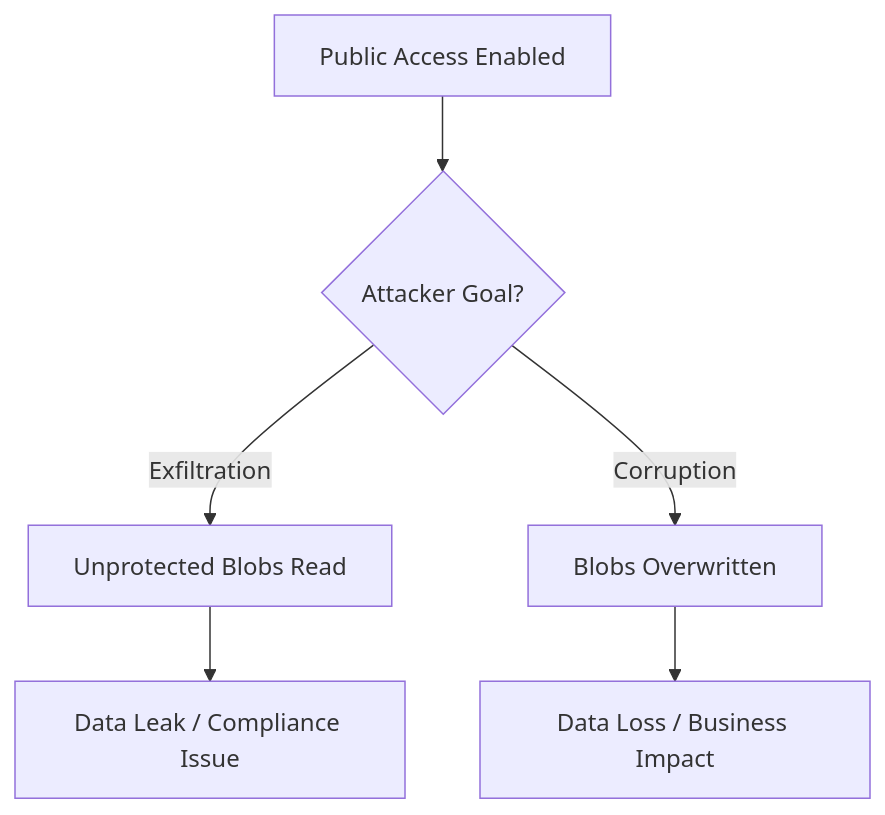
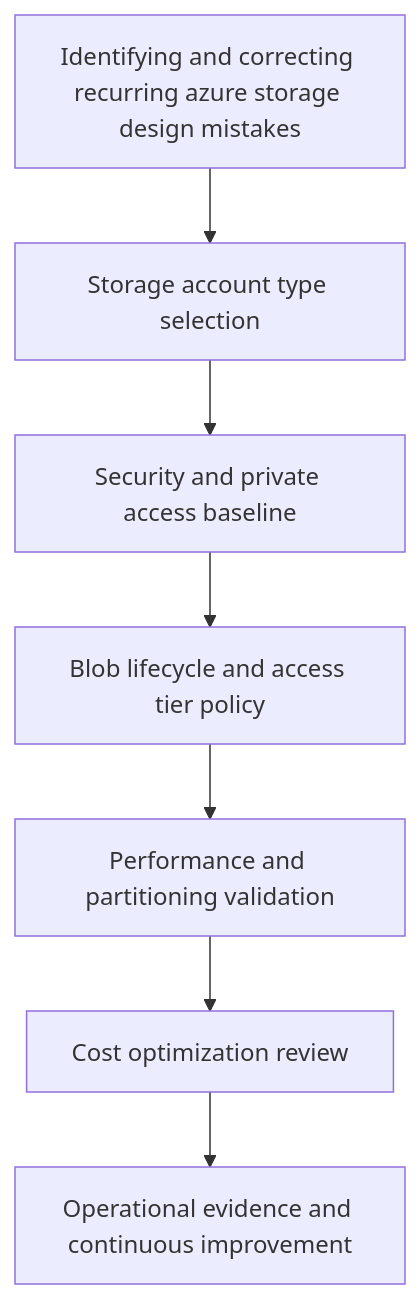
The first of 2 diagrams in docs/best-practices/common-anti-patterns.md (yeongseon/azure-storage-practical-guide), drawn with Mermaid before and after one commit. The commit also changed other lines of this file and 26 other files, not shown here.

````diff
--- a/docs/best-practices/common-anti-patterns.md
+++ b/docs/best-practices/common-anti-patterns.md
@@ -20,8 +18,9 @@
 ```mermaid
-graph TD
-    A[Public Access Enabled] --> B{Attacker Goal?}
-    B -->|Exfiltration| C[Unprotected Blobs Read]
-    B -->|Corruption| D[Blobs Overwritten]
-    C --> E[Data Leak / Compliance Issue]
-    D --> F[Data Loss / Business Impact]
+flowchart TD
+    A[Identifying and correcting recurring azure storage design mistakes] --> B[Storage account type selection]
+    B --> C[Security and private access baseline]
+    C --> D[Blob lifecycle and access tier policy]
+    D --> E[Performance and partitioning validation]
+    E --> F[Cost optimization review]
+    F --> G[Operational evidence and continuous improvement]
 ```
````
